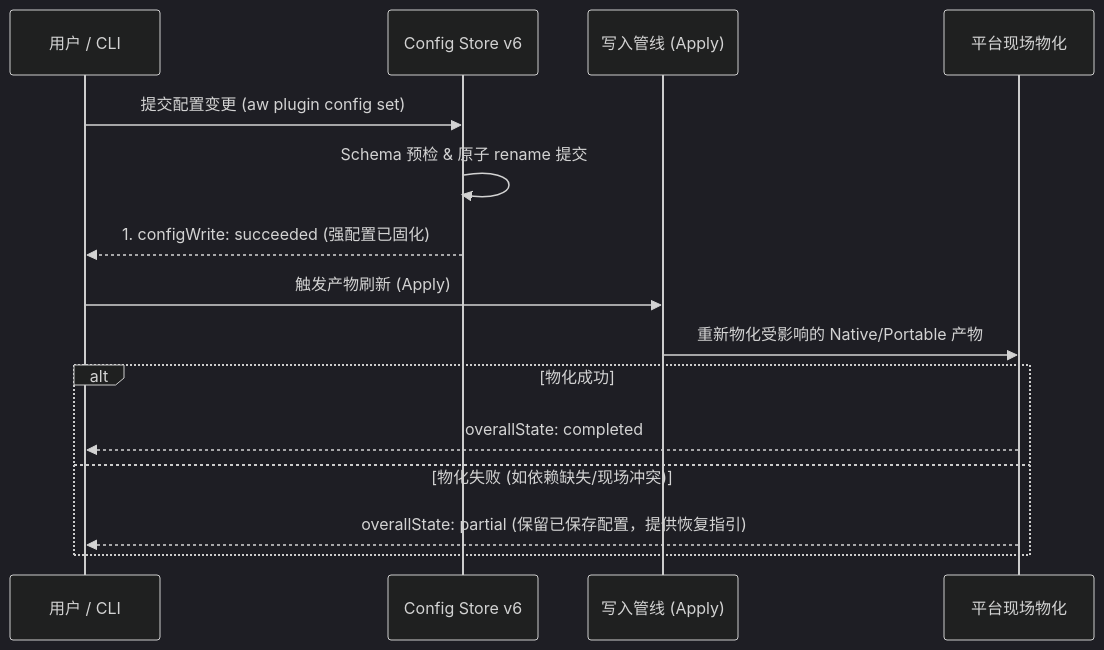
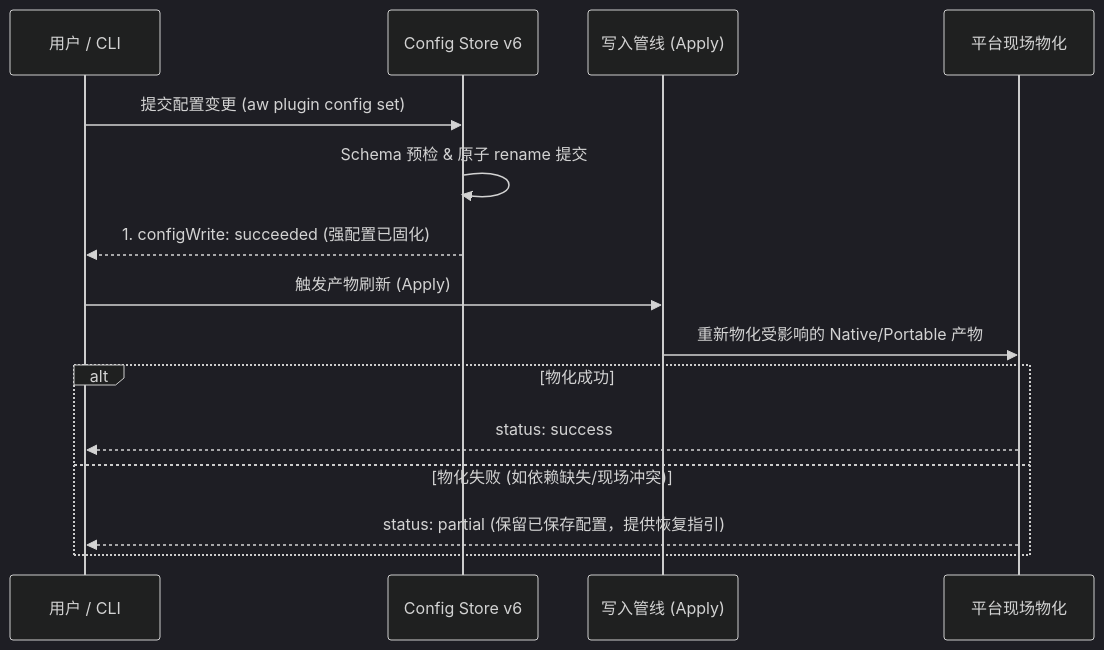
The second of 2 diagrams in docs/maintainers/architecture/config-and-status.md (lesliechan721-arch/agent-workflow), drawn with Mermaid (dark theme) before and after one commit. The commit also changed other lines of this file and 208 other files, not shown here.

````diff
--- a/docs/maintainers/architecture/config-and-status.md
+++ b/docs/maintainers/architecture/config-and-status.md
@@ -205,19 +206,19 @@
 ```mermaid
 sequenceDiagram
     participant User as 用户 / CLI
     participant Store as Config Store v6
     participant Pipeline as 写入管线 (Apply)
     participant Platform as 平台现场物化
 
     User->>Store: 提交配置变更 (aw plugin config set)
     Store->>Store: Schema 预检 & 原子 rename 提交
     Store-->>User: 1. configWrite: succeeded (强配置已固化)
 
     User->>Pipeline: 触发产物刷新 (Apply)
     Pipeline->>Platform: 重新物化受影响的 Native/Portable 产物
     alt 物化成功
-        Platform-->>User: overallState: completed
+        Platform-->>User: status: success
     else 物化失败 (如依赖缺失/现场冲突)
-        Platform-->>User: overallState: partial (保留已保存配置，提供恢复指引)
+        Platform-->>User: status: partial (保留已保存配置，提供恢复指引)
     end
 ```
````
